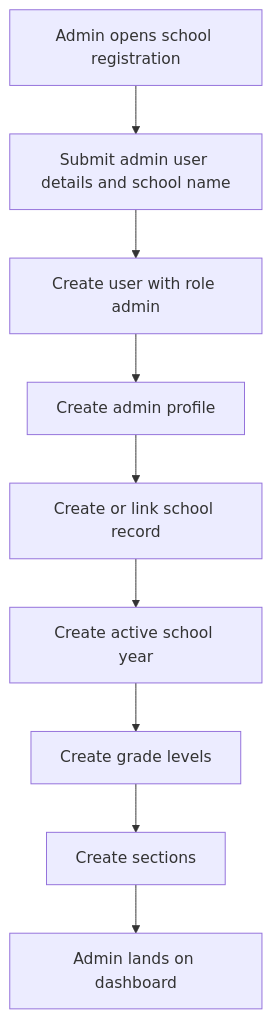
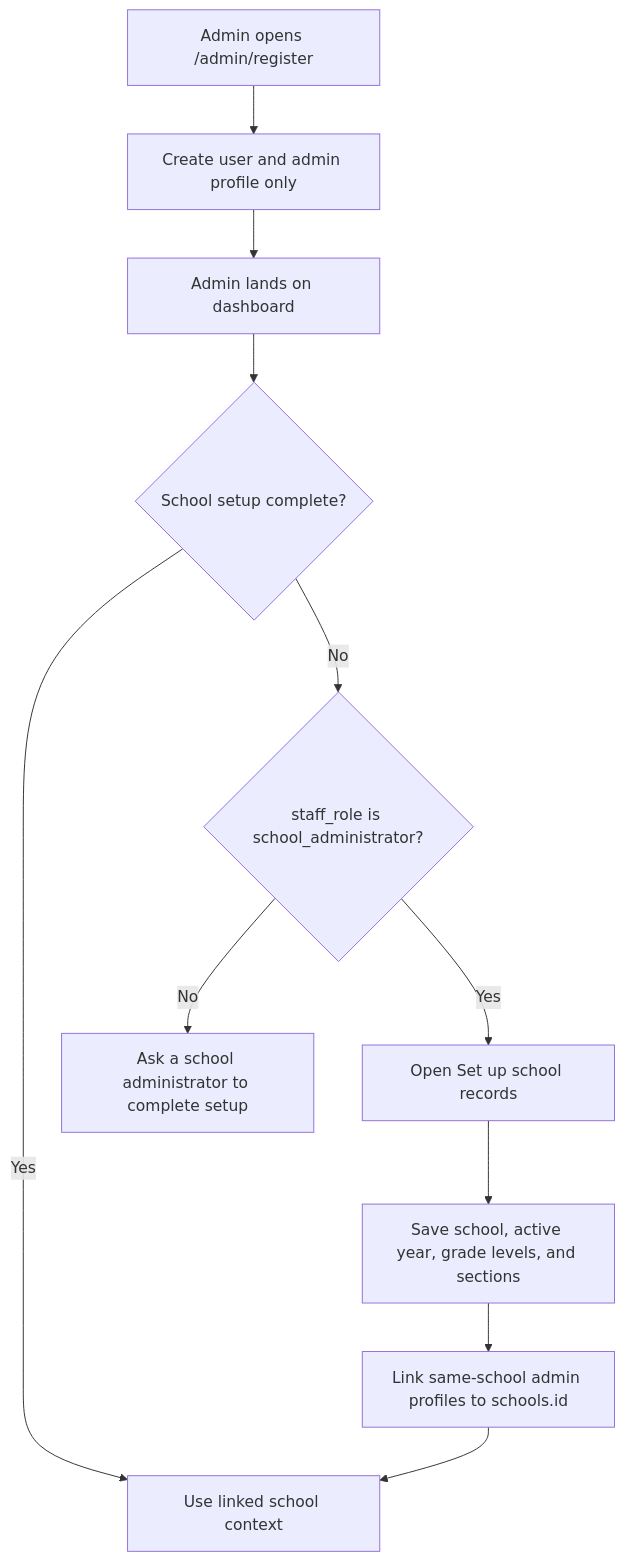
Before and after one commit to Xeyn19/xmetapay: the second of 7 diagrams in docs/DATABASE_SCHEMA_PLAN.md, drawn with Mermaid. The commit also changed other lines of this file and 5 other files, not shown here.

````diff
--- a/docs/DATABASE_SCHEMA_PLAN.md
+++ b/docs/DATABASE_SCHEMA_PLAN.md
@@ -573,11 +597,13 @@
 ```mermaid
 flowchart TD
-  A["Admin opens school registration"] --> B["Submit admin user details and school name"]
-  B --> C["Create user with role admin"]
-  C --> D["Create admin profile"]
-  D --> E["Create or link school record"]
-  E --> F["Create active school year"]
-  F --> G["Create grade levels"]
-  G --> H["Create sections"]
-  H --> I["Admin lands on dashboard"]
+  A["Admin opens /admin/register"] --> B["Create user and admin profile only"]
+  B --> C["Admin lands on dashboard"]
+  C --> D{"School setup complete?"}
+  D -->|Yes| E["Use linked school context"]
+  D -->|No| F{"staff_role is school_administrator?"}
+  F -->|No| G["Ask a school administrator to complete setup"]
+  F -->|Yes| H["Open Set up school records"]
+  H --> I["Save school, active year, grade levels, and sections"]
+  I --> J["Link same-school admin profiles to schools.id"]
+  J --> E
 ```
````
